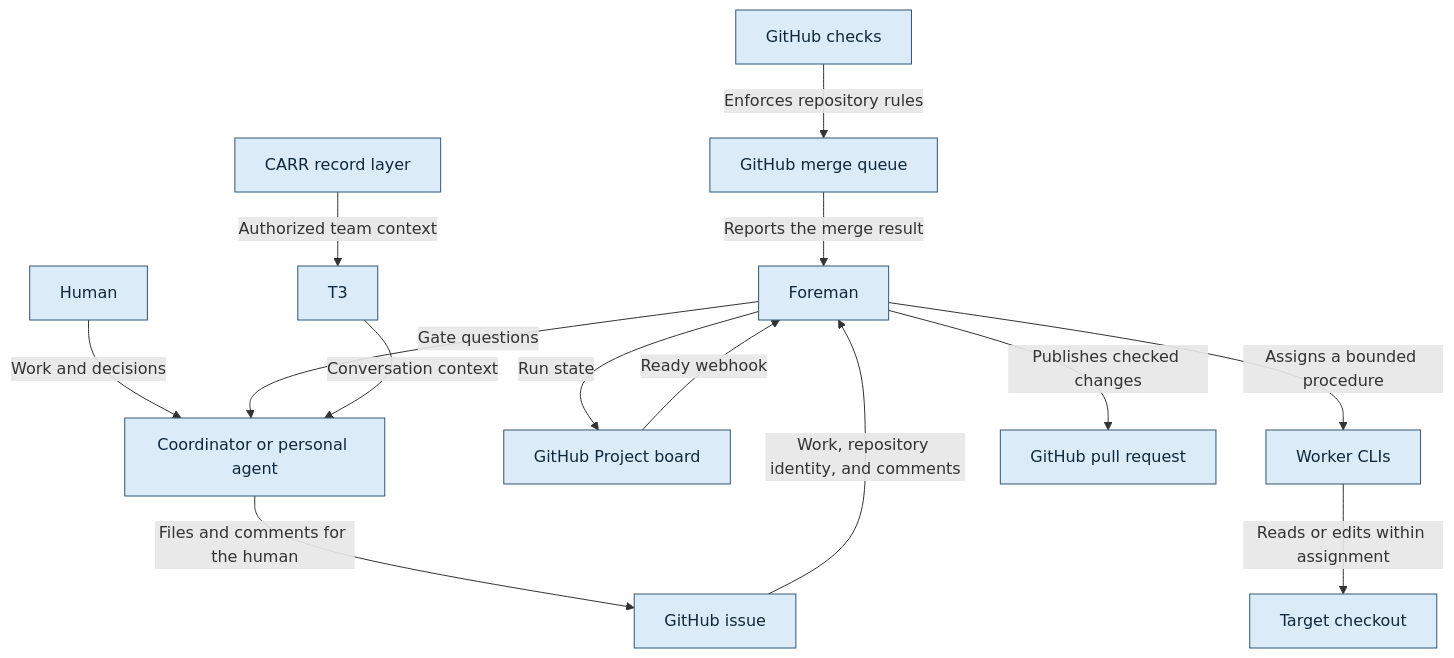
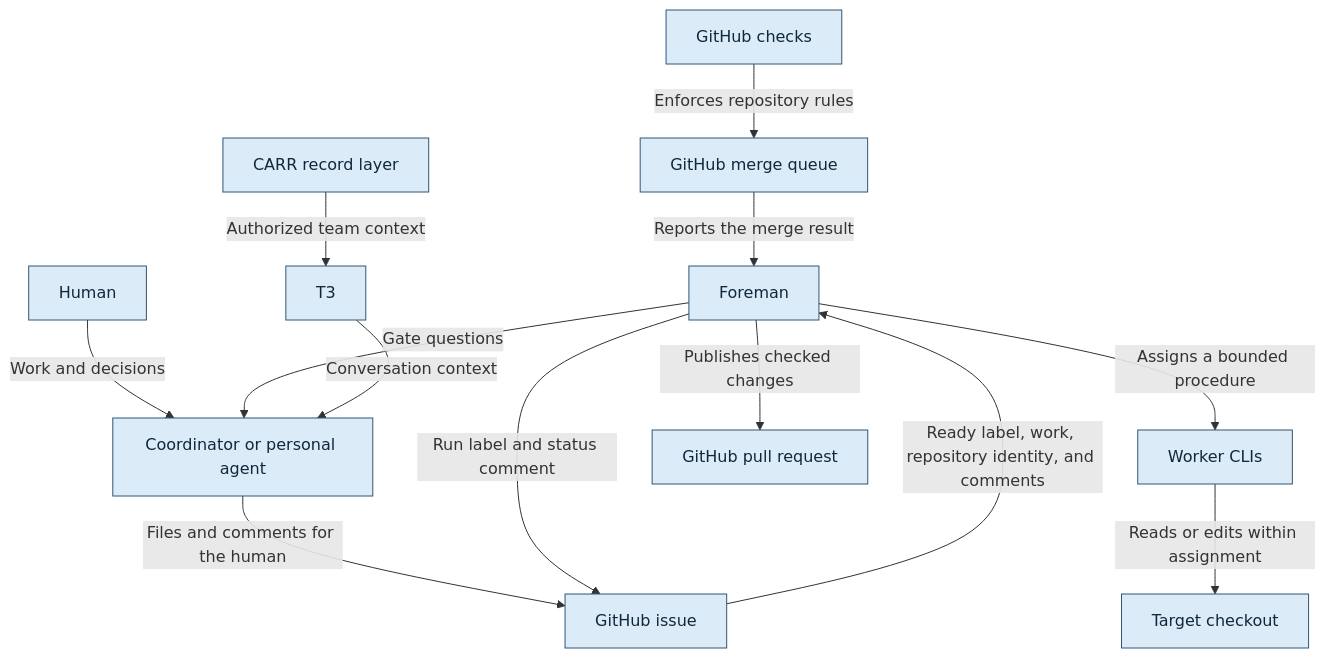
One commit to bookout-labs/tools changed the diagram in docs/graph/blueprint/views/context.mmd. Above: the diagram before and after it, drawn with Mermaid. The commit also changed 30 other files, not shown here.

Commit message:
Start runs from the Ready label and add the D7 worker methods

```diff
--- a/docs/graph/blueprint/views/context.mmd
+++ b/docs/graph/blueprint/views/context.mmd
@@ -1,31 +1,29 @@
 flowchart TD
     n0["GitHub checks"]:::stage
     n1["GitHub merge queue"]:::stage
     n2["Foreman"]:::stage
     n3["Human"]:::stage
     n4["Coordinator or personal agent"]:::stage
     n5["GitHub issue"]:::stage
-    n6["GitHub Project board"]:::stage
-    n7["CARR record layer"]:::stage
-    n8["T3"]:::stage
-    n9["Worker CLIs"]:::stage
-    n10["Target checkout"]:::stage
-    n11["GitHub pull request"]:::stage
+    n6["CARR record layer"]:::stage
+    n7["T3"]:::stage
+    n8["Worker CLIs"]:::stage
+    n9["Target checkout"]:::stage
+    n10["GitHub pull request"]:::stage
     n0 -->|"Enforces repository rules"| n1
     n1 -->|"Reports the merge result"| n2
     n3 -->|"Work and decisions"| n4
     n4 -->|"Files and comments for the human"| n5
     n2 -->|"Gate questions"| n4
-    n6 -->|"Ready webhook"| n2
-    n5 -->|"Work, repository identity, and comments"| n2
-    n2 -->|"Run state"| n6
-    n7 -->|"Authorized team context"| n8
-    n8 -->|"Conversation context"| n4
-    n2 -->|"Assigns a bounded procedure"| n9
-    n9 -->|"Reads or edits within assignment"| n10
-    n2 -->|"Publishes checked changes"| n11
+    n5 -->|"Ready label, work, repository identity, and comments"| n2
+    n2 -->|"Run label and status comment"| n5
+    n6 -->|"Authorized team context"| n7
+    n7 -->|"Conversation context"| n4
+    n2 -->|"Assigns a bounded procedure"| n8
+    n8 -->|"Reads or edits within assignment"| n9
+    n2 -->|"Publishes checked changes"| n10
     classDef stage fill:#dcebf8,stroke:#315675,color:#10283b
     classDef step fill:#edf3f8,stroke:#597187,color:#132638
     classDef worker fill:#d7f0e8,stroke:#357369,color:#133c36
     classDef gate fill:#fff0c9,stroke:#89641f,color:#3f2b0b
     classDef terminal fill:#f0f0f0,stroke:#666666,color:#202020
```
